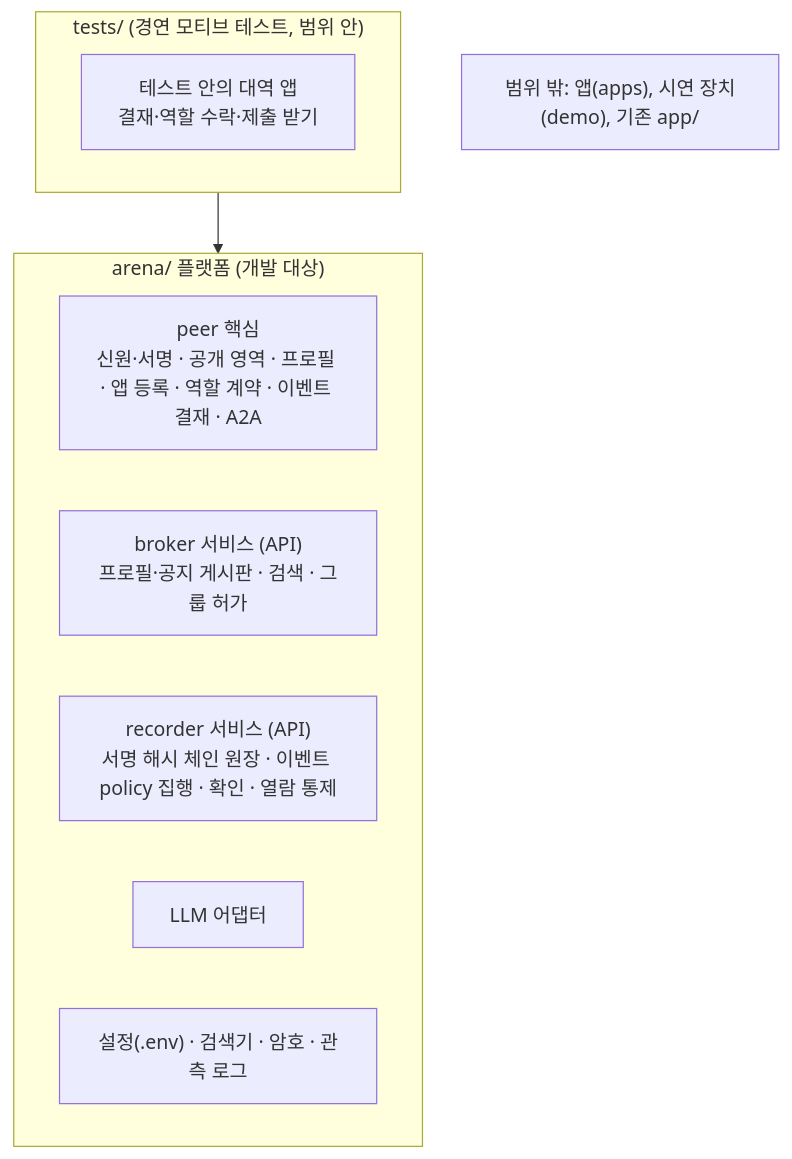
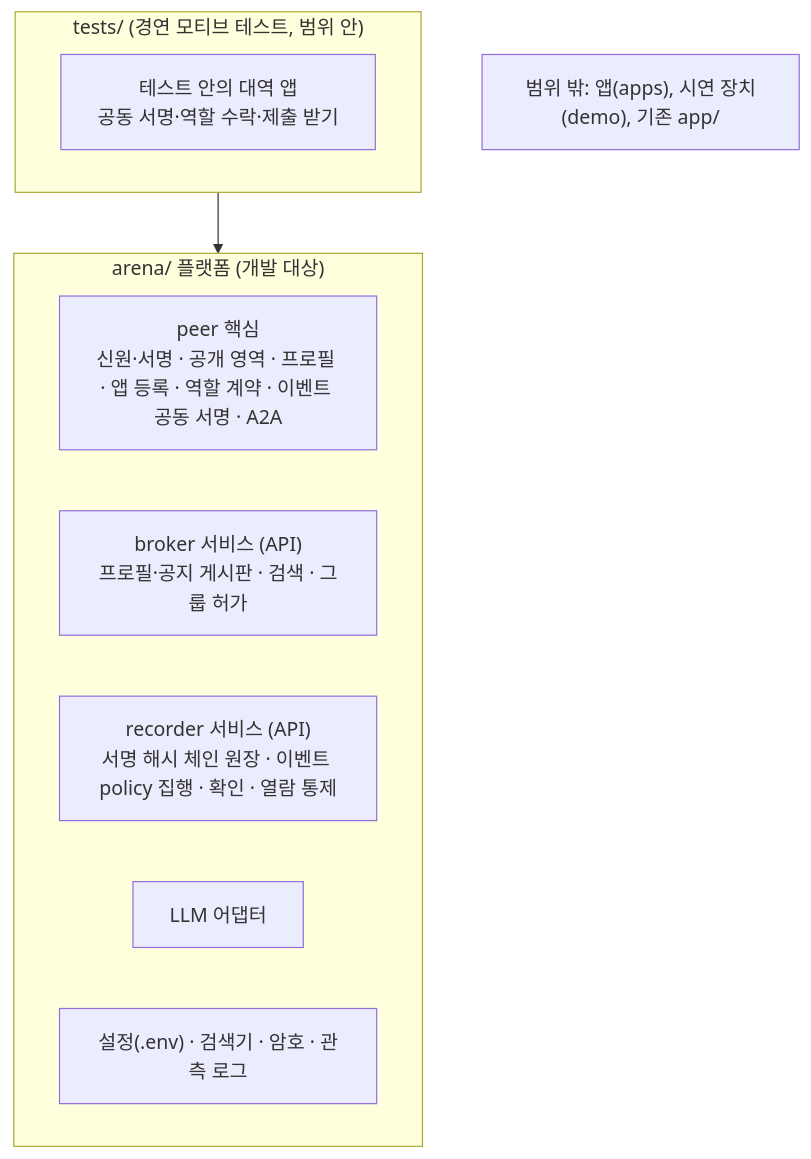
One commit to tanminkwan/share-ur-tokens changed the second of 2 diagrams in dev/plan.md. Above: the diagram before and after it, drawn with Mermaid. The commit also changed other lines of this file and 43 other files, not shown here.

````diff
--- a/dev/plan.md
+++ b/dev/plan.md
@@ -62,15 +62,15 @@
 ```mermaid
 flowchart TB
     subgraph T["tests/ (경연 모티브 테스트, 범위 안)"]
-        M["테스트 안의 대역 앱<br/>결재·역할 수락·제출 받기"]
+        M["테스트 안의 대역 앱<br/>공동 서명·역할 수락·제출 받기"]
     end
     subgraph L1["arena/ 플랫폼 (개발 대상)"]
-        PEER["peer 핵심<br/>신원·서명 · 공개 영역 · 프로필 · 앱 등록 · 역할 계약 · 이벤트 결재 · A2A"]
+        PEER["peer 핵심<br/>신원·서명 · 공개 영역 · 프로필 · 앱 등록 · 역할 계약 · 이벤트 공동 서명 · A2A"]
         BRK["broker 서비스 (API)<br/>프로필·공지 게시판 · 검색 · 그룹 허가"]
         REC["recorder 서비스 (API)<br/>서명 해시 체인 원장 · 이벤트 policy 집행 · 확인 · 열람 통제"]
         LLM["LLM 어댑터"]
         CFG["설정(.env) · 검색기 · 암호 · 관측 로그"]
     end
     OUT["범위 밖: 앱(apps), 시연 장치(demo), 기존 app/"]
     T --> L1
 ```
````
